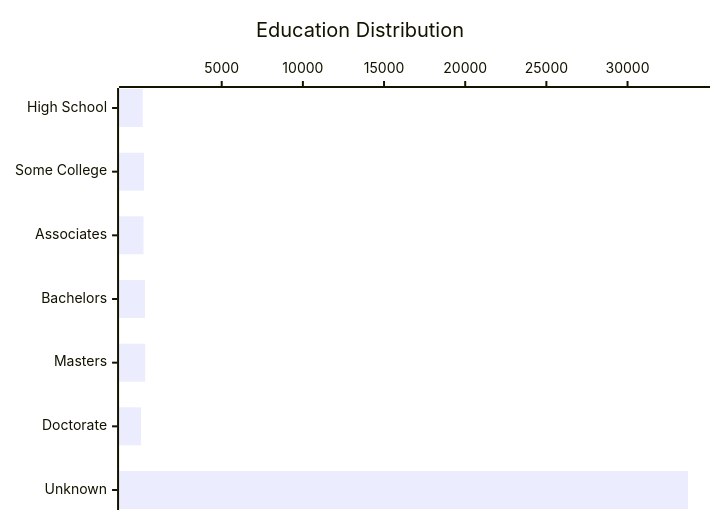
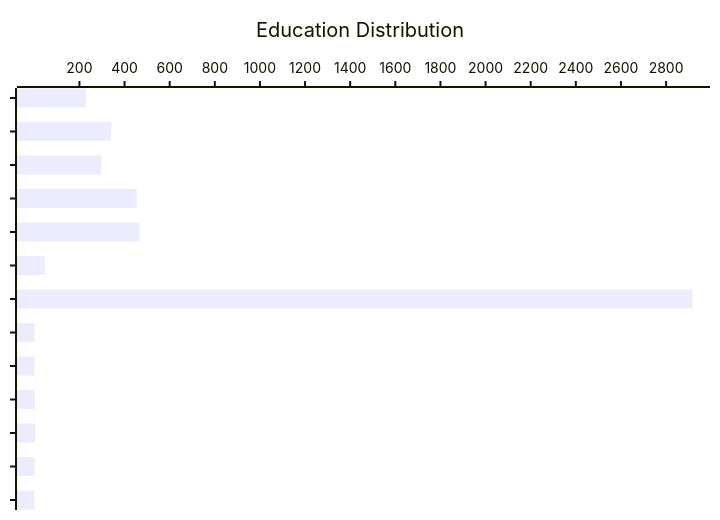
Before and after one commit to Ninjaneer321/va.gov-team: the fifth of 6 diagrams in historical-participant-data-summary-2017-2025.md, drawn with Mermaid. The commit also changed other lines of this file and 3 other files, not shown here.

````diff
--- a/historical-participant-data-summary-2017-2025.md
+++ b/historical-participant-data-summary-2017-2025.md
@@ -124,6 +126,6 @@
 ```mermaid
 xychart-beta horizontal
     title "Education Distribution"
-    x-axis ["High School", "Some College", "Associates", "Bachelors", "Masters", "Doctorate", "Unknown"]
-    bar [134, 210, 183, 274, 284, 31, 33725]
+    x-axis ["High School", "Some College", "Associates", "Bachelors", "Masters", "Doctorate", "Unknown", "Some College (No Degree)", "Associate'S Degree, Trade Certificate Or Vocational Training", "Bachelor'S Degree", "Master'S Degree", "Doctorate Degree", "Professional"]
+    bar [229, 341, 298, 454, 466, 46, 2917, 1, 1, 2, 3, 1, 1]
 ```
````
